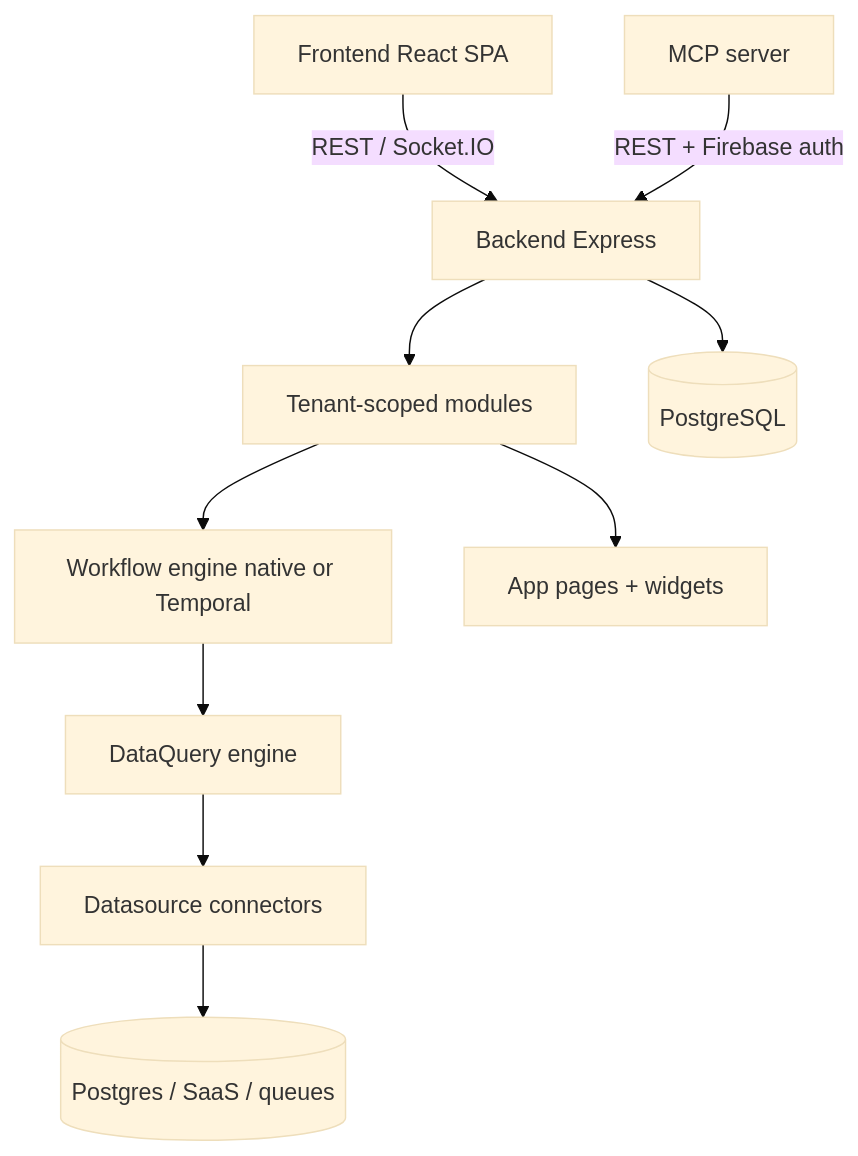
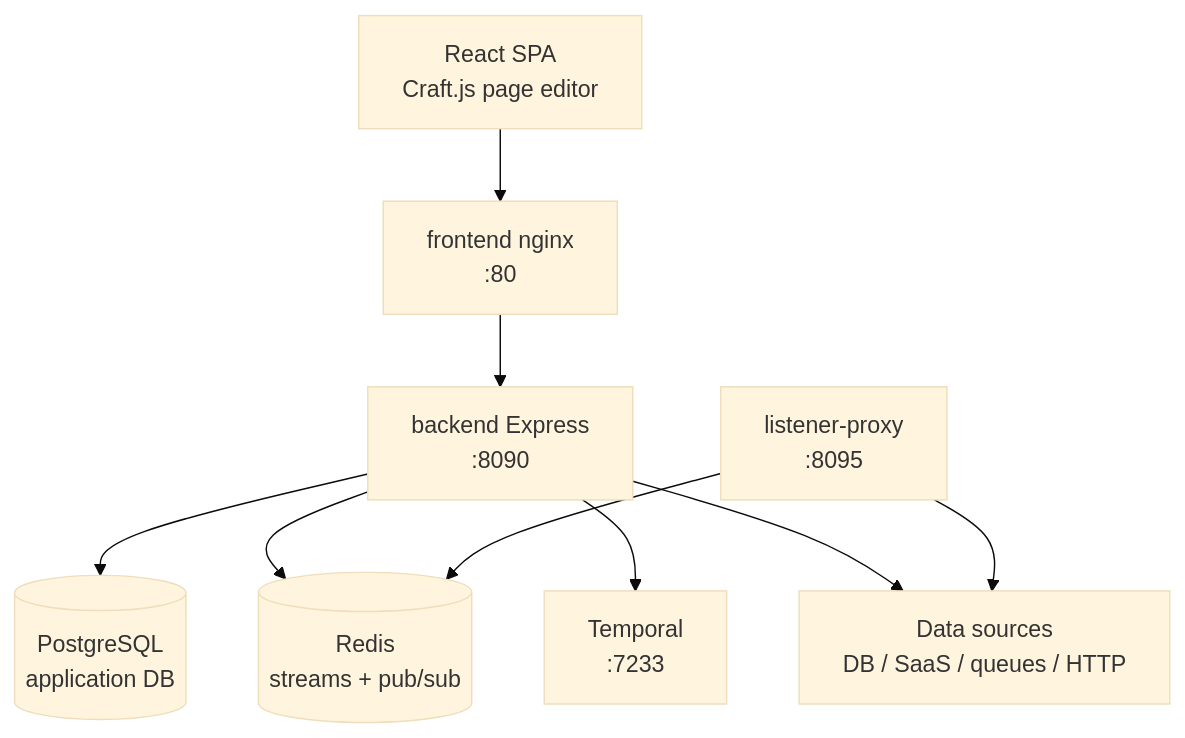
Before and after one commit to Jet-labs/jet-admin: the first of 8 diagrams in docs/docs/platform/architecture.md, drawn with Mermaid (base theme). The commit also changed other lines of this file and 55 other files, not shown here.

````diff
--- a/docs/docs/platform/architecture.md
+++ b/docs/docs/platform/architecture.md
@@ -28,12 +19,11 @@
 ```mermaid
-graph TD
-    FE[Frontend React SPA] -->|REST / Socket.IO| API[Backend Express]
-    API --> MOD[Tenant-scoped modules]
-    MOD --> WF[Workflow engine native or Temporal]
-    WF --> Q[DataQuery engine]
-    Q --> DS[Datasource connectors]
-    DS --> EXT[(Postgres / SaaS / queues)]
-    MOD --> APP[App pages + widgets]
-    API --> PG[(PostgreSQL)]
-    MCP[MCP server] -->|REST + Firebase auth| API
+flowchart TD
+  SPA["React SPA<br/>Craft.js page editor"] --> FE["frontend nginx<br/>:80"]
+  FE --> API["backend Express<br/>:8090"]
+  API --> PG[("PostgreSQL<br/>application DB")]
+  API --> REDIS[("Redis<br/>streams + pub/sub")]
+  API --> TEMP["Temporal<br/>:7233"]
+  API --> DS["Data sources<br/>DB / SaaS / queues / HTTP"]
+  PROXY["listener-proxy<br/>:8095"] --> REDIS
+  PROXY --> DS
 ```
````
